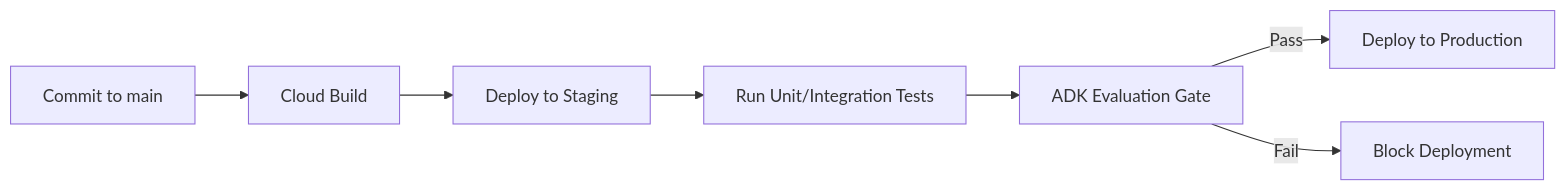
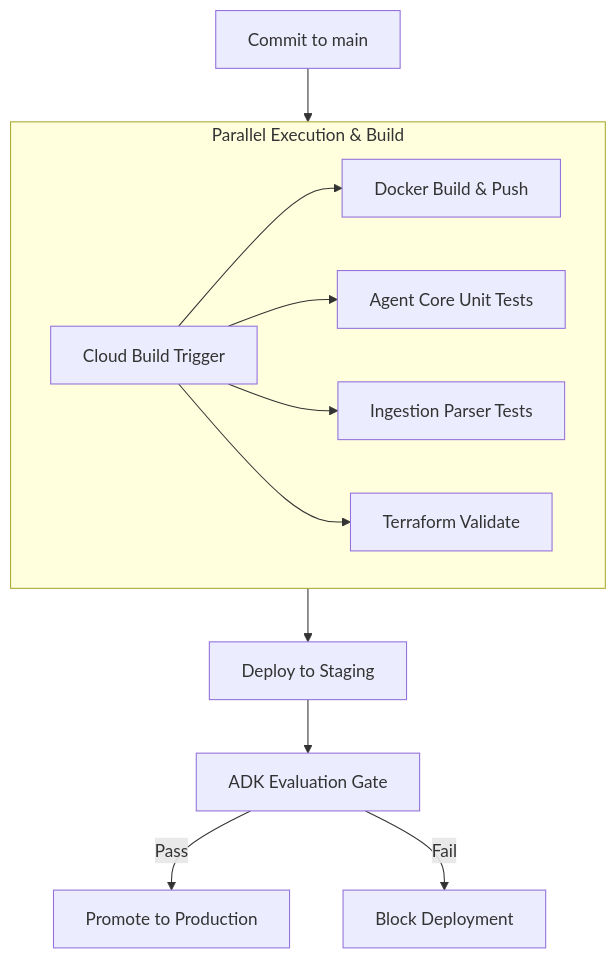
Before and after one commit to rezkabiri/jit-two-stage-retrieval: the second of 2 diagrams in DESIGN_SPEC.md, drawn with Mermaid. The commit also changed other lines of this file and 1 other file, not shown here.

Commit message:
docs: update CI/CD strategy to reflect parallelized testing and detailed tiers

````diff
--- a/DESIGN_SPEC.md
+++ b/DESIGN_SPEC.md
@@ -86,9 +86,17 @@
 ```mermaid
-graph LR
-    Dev[Commit to main] --> CB[Cloud Build]
-    CB --> Staging[Deploy to Staging]
-    Staging --> Tests[Run Unit/Integration Tests]
-    Tests --> EvalGate[ADK Evaluation Gate]
-    EvalGate -- "Pass" --> Prod[Deploy to Production]
+graph TD
+    Commit[Commit to main] --> CB[Cloud Build Trigger]
+    
+    subgraph Parallel_Validation [Parallel Execution & Build]
+        direction LR
+        CB --> Build[Docker Build & Push]
+        CB --> UnitTests[Agent Core Unit Tests]
+        CB --> ETLTests[Ingestion Parser Tests]
+        CB --> InfraTests[Terraform Validate]
+    end
+    
+    Parallel_Validation --> DeployStaging[Deploy to Staging]
+    DeployStaging --> EvalGate[ADK Evaluation Gate]
+    EvalGate -- "Pass" --> Prod[Promote to Production]
     EvalGate -- "Fail" --> Block[Block Deployment]
 ```
````
